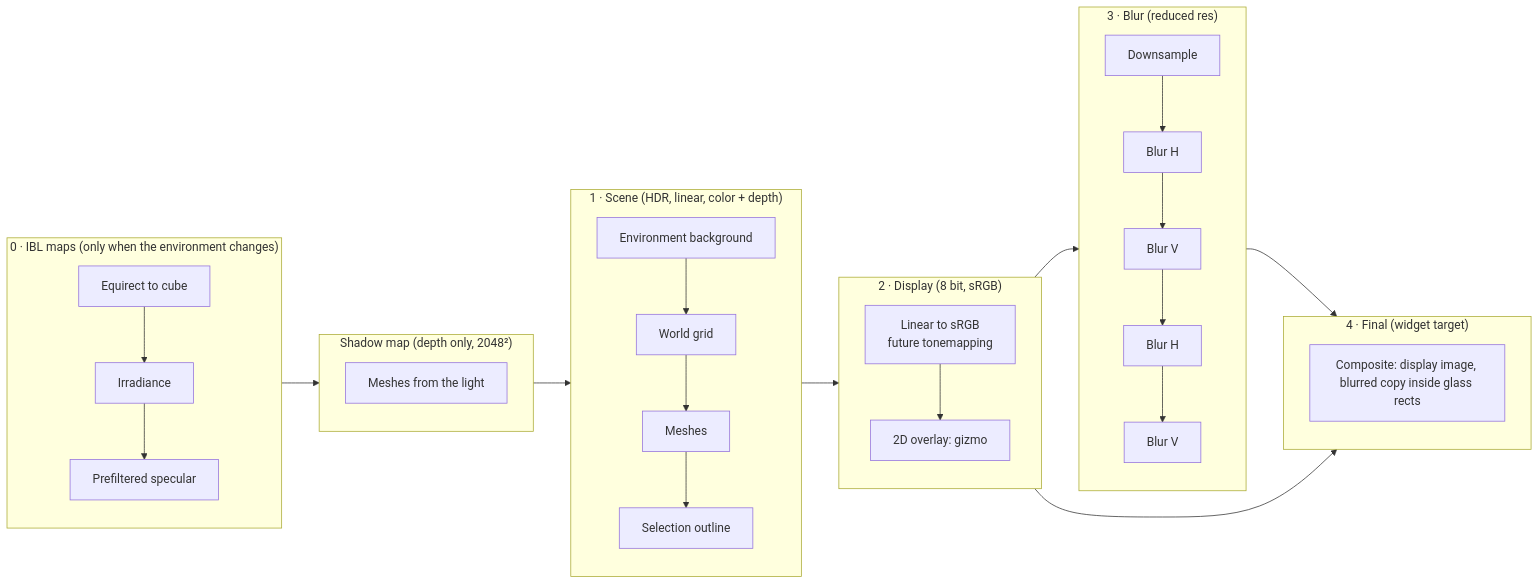
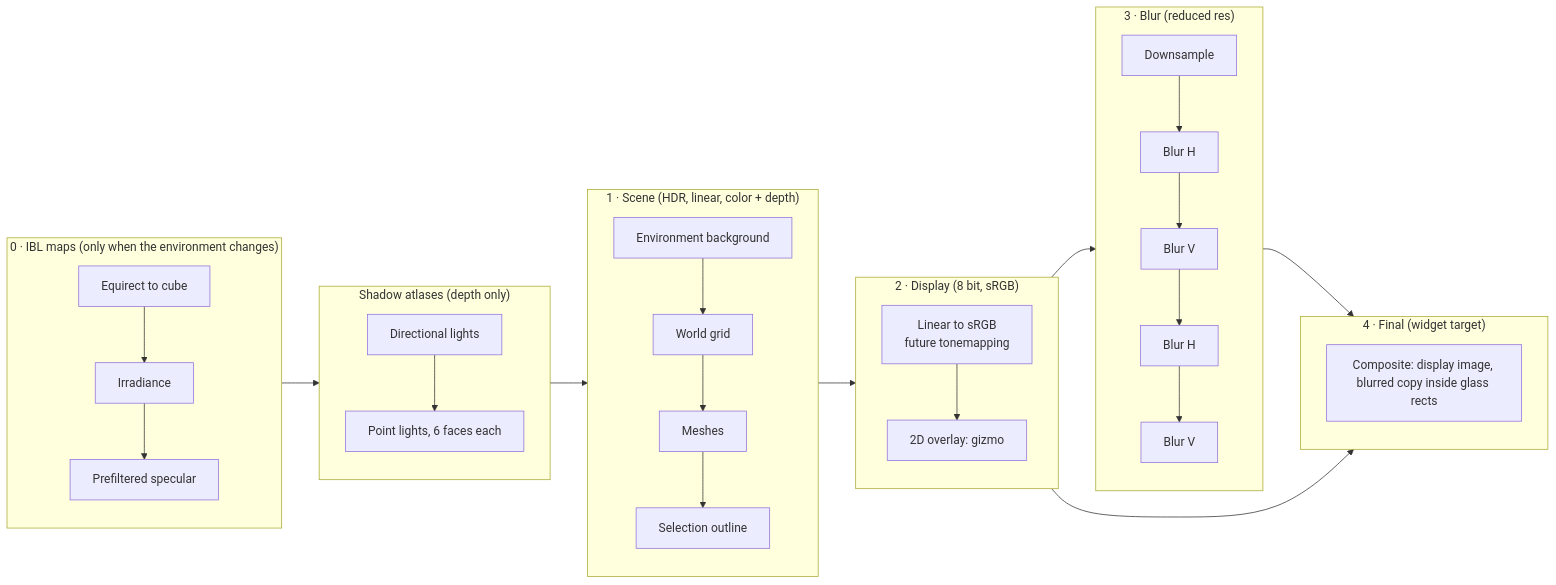
Before and after one commit to Dnurr/Lune: the diagram in docs/rendering.md, drawn with Mermaid. The commit also changed other lines of this file and 13 other files, not shown here.

````diff
--- a/docs/rendering.md
+++ b/docs/rendering.md
@@ -18,23 +18,23 @@
 ```mermaid
 flowchart LR
     subgraph P0["0 &middot; IBL maps (only when the environment changes)"]
         conv[Equirect to cube] --> irr[Irradiance] --> pre[Prefiltered specular]
     end
-    subgraph PS["Shadow map (depth only, 2048²)"]
-        shadow[Meshes from the light]
+    subgraph PS["Shadow atlases (depth only)"]
+        sdir[Directional lights] --> spoint[Point lights, 6 faces each]
     end
     subgraph P1["1 &middot; Scene (HDR, linear, color + depth)"]
         bg[Environment background] --> grid[World grid] --> meshes[Meshes] --> outline[Selection outline]
     end
     subgraph P2["2 &middot; Display (8 bit, sRGB)"]
         disp[Linear to sRGB<br/>future tonemapping] --> overlay[2D overlay: gizmo]
     end
     subgraph P3["3 &middot; Blur (reduced res)"]
         down[Downsample] --> h1[Blur H] --> v1[Blur V] --> h2[Blur H] --> v2[Blur V]
     end
     subgraph P4["4 &middot; Final (widget target)"]
         comp[Composite: display image, blurred copy inside glass rects]
     end
     P0 --> PS --> P1 --> P2 --> P3 --> P4
     P2 --> P4
 ```
````
